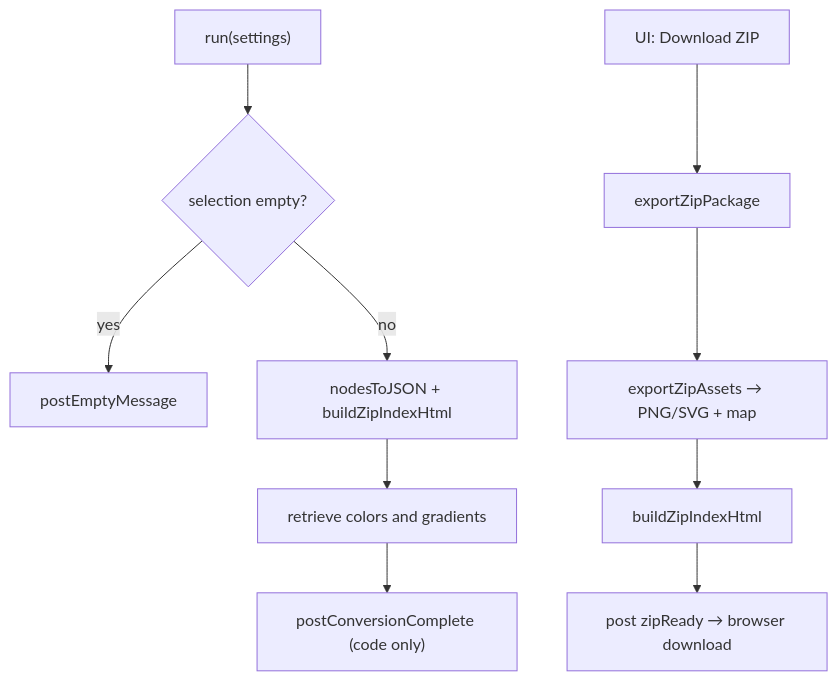
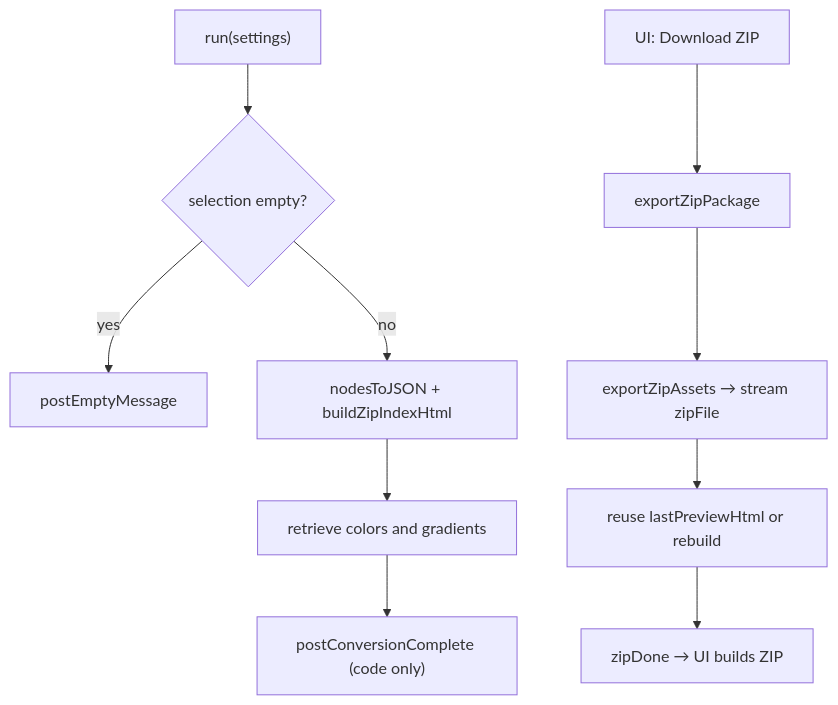
The third of 9 diagrams in docs/logic.md (CodeByStella/FIGMA2CODE), drawn with Mermaid before and after one commit. The commit also changed other lines of this file and 18 other files, not shown here.

````diff
--- a/docs/logic.md
+++ b/docs/logic.md
@@ -68,13 +68,13 @@
 ```mermaid
 flowchart TD
   A["run(settings)"] --> B{"selection empty?"}
   B -->|yes| Empty["postEmptyMessage"]
   B -->|no| Conv["nodesToJSON + buildZipIndexHtml"]
   Conv --> Colors["retrieve colors and gradients"]
   Colors --> Done["postConversionComplete (code only)"]
 
   Z["UI: Download ZIP"] --> Zip["exportZipPackage"]
-  Zip --> Assets["exportZipAssets → PNG/SVG + map"]
-  Assets --> Html["buildZipIndexHtml"]
-  Html --> Ready["post zipReady → browser download"]
+  Zip --> Assets["exportZipAssets → stream zipFile"]
+  Assets --> Html["reuse lastPreviewHtml or rebuild"]
+  Html --> Ready["zipDone → UI builds ZIP"]
 ```
````
